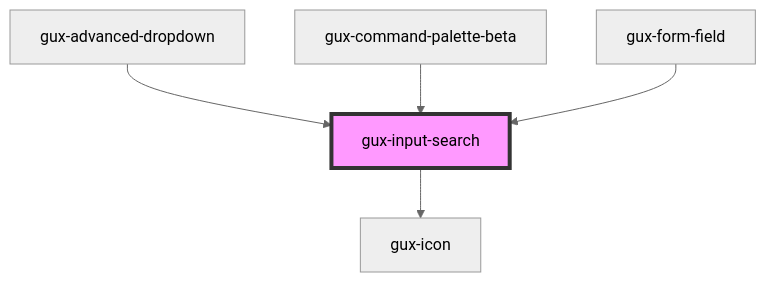
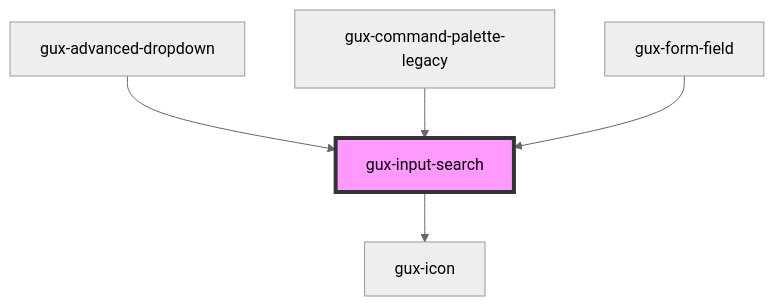
Before and after one commit to MyPureCloud/genesys-spark: the diagram in src/components/stable/gux-form-field/components/gux-input-search/readme.md, drawn with Mermaid (neutral theme). The commit also changed other lines of this file and 272 other files, not shown here.

````diff
--- a/src/components/stable/gux-form-field/components/gux-input-search/readme.md
+++ b/src/components/stable/gux-form-field/components/gux-input-search/readme.md
@@ -26,8 +26,8 @@
 ```mermaid
 graph TD;
   gux-input-search --> gux-icon
   gux-advanced-dropdown --> gux-input-search
-  gux-command-palette-beta --> gux-input-search
+  gux-command-palette-legacy --> gux-input-search
   gux-form-field --> gux-input-search
   style gux-input-search fill:#f9f,stroke:#333,stroke-width:4px
 ```
````
